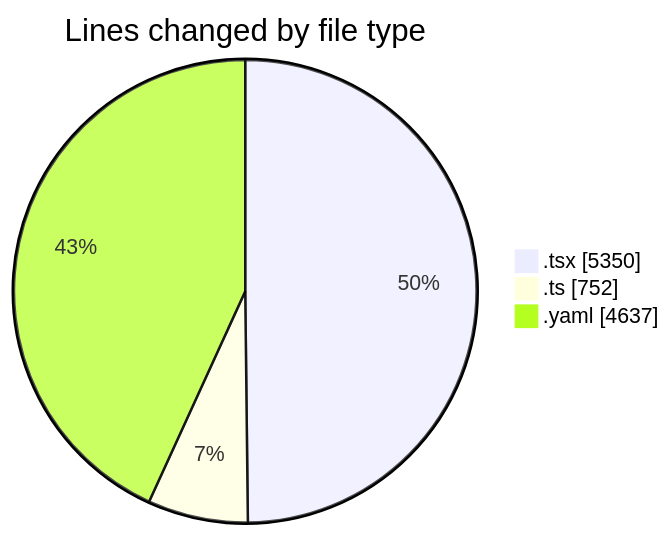
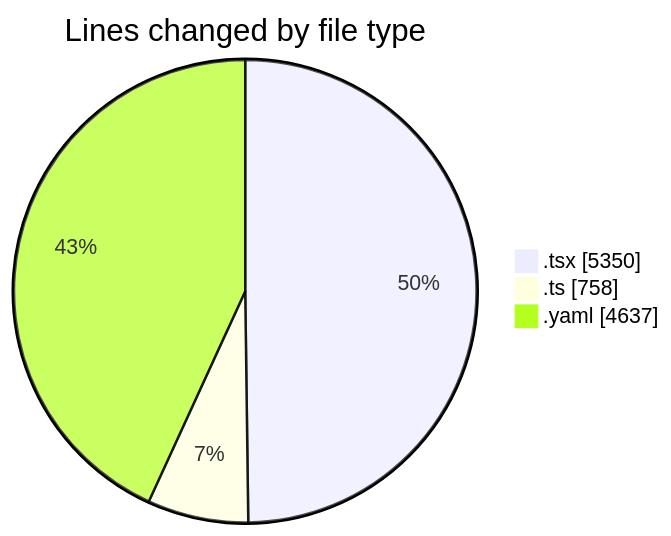
Before and after one commit to julien-gomy/code-tracking: the first of 2 diagrams in 2025-10-13/eventscop-frontend-guide__workspace_/README.md, drawn with Mermaid. The commit also changed other lines of this file and 1 other file, not shown here.

````diff
--- a/2025-10-13/eventscop-frontend-guide__workspace_/README.md
+++ b/2025-10-13/eventscop-frontend-guide__workspace_/README.md
@@ -46,7 +46,7 @@
 ```mermaid
 pie showData
 title Lines changed by file type
 ".tsx" : 5350
-".ts" : 752
+".ts" : 758
 ".yaml" : 4637
 ```
````
